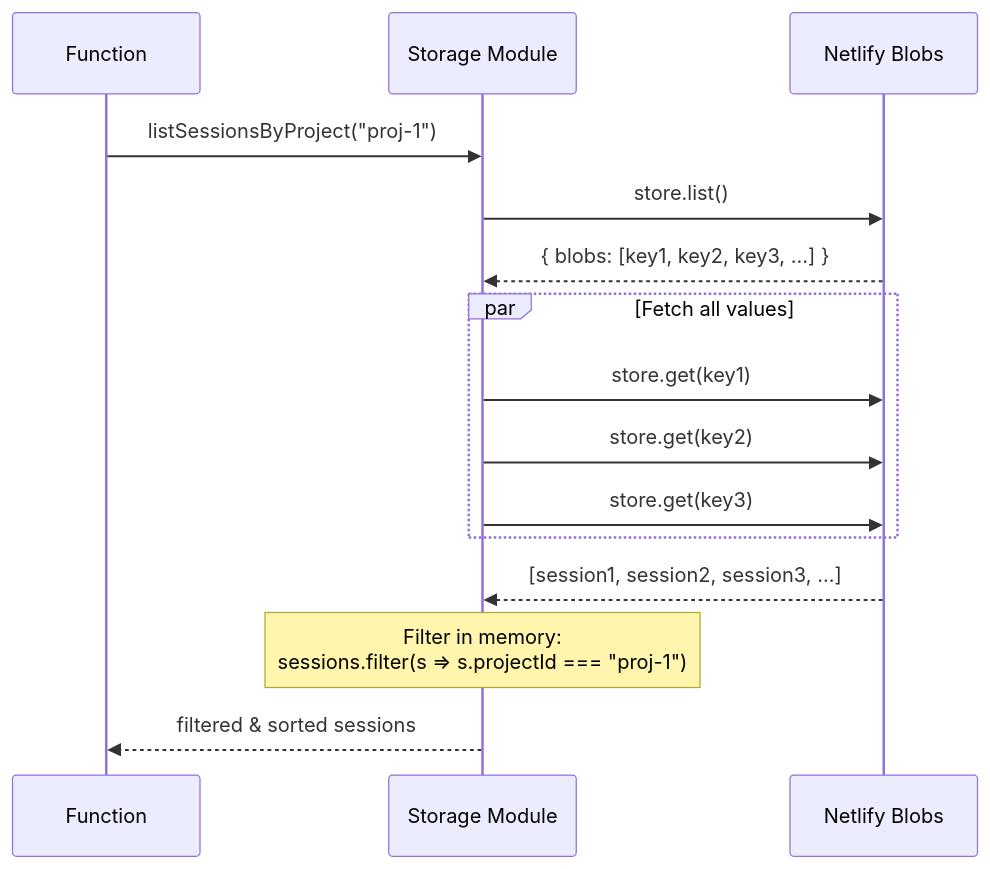
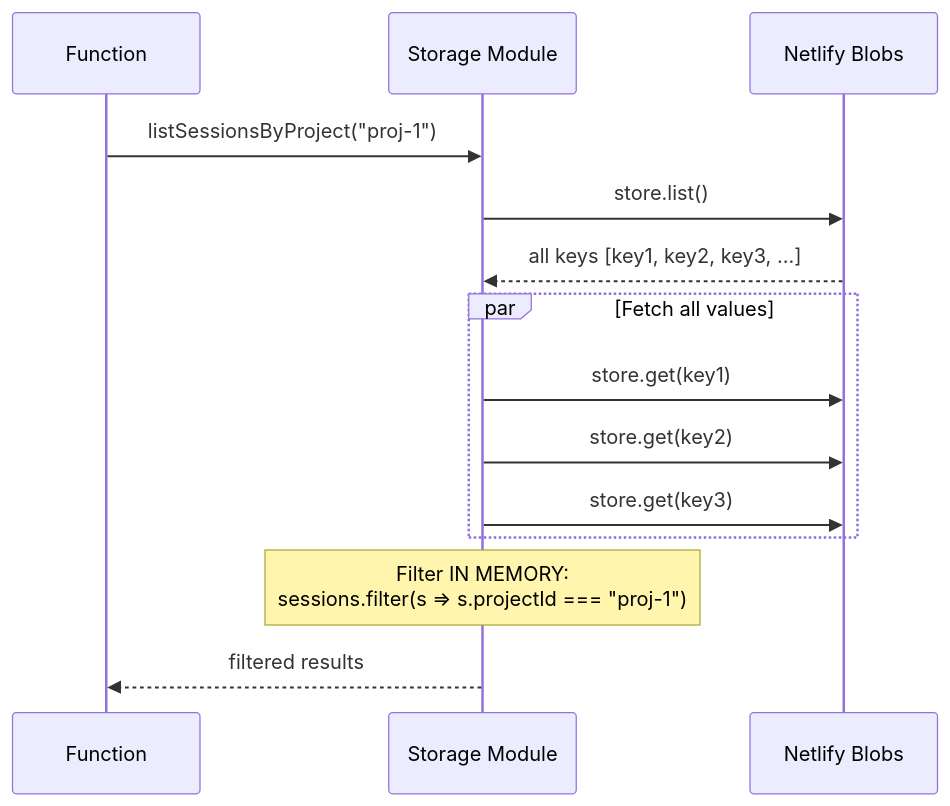
One commit to rlynjb/buffr changed the sixth of 10 diagrams in docs/LEARNING_AI_BACKEND.md. Above: the diagram before and after it, drawn with Mermaid. The commit also changed other lines of this file, not shown here.

````diff
--- a/docs/LEARNING_AI_BACKEND.md
+++ b/docs/LEARNING_AI_BACKEND.md
@@ -452,20 +527,19 @@
 ```mermaid
 sequenceDiagram
     participant Fn as Function
     participant Lib as Storage Module
     participant Blob as Netlify Blobs
 
     Fn->>Lib: listSessionsByProject("proj-1")
     Lib->>Blob: store.list()
-    Blob-->>Lib: { blobs: [key1, key2, key3, ...] }
+    Blob-->>Lib: all keys [key1, key2, key3, ...]
 
     par Fetch all values
         Lib->>Blob: store.get(key1)
         Lib->>Blob: store.get(key2)
         Lib->>Blob: store.get(key3)
     end
 
-    Blob-->>Lib: [session1, session2, session3, ...]
-    Note over Lib: Filter in memory:<br/>sessions.filter(s => s.projectId === "proj-1")
-    Lib-->>Fn: filtered & sorted sessions
+    Note over Lib: Filter IN MEMORY:<br/>sessions.filter(s => s.projectId === "proj-1")
+    Lib-->>Fn: filtered results
 ```
````
